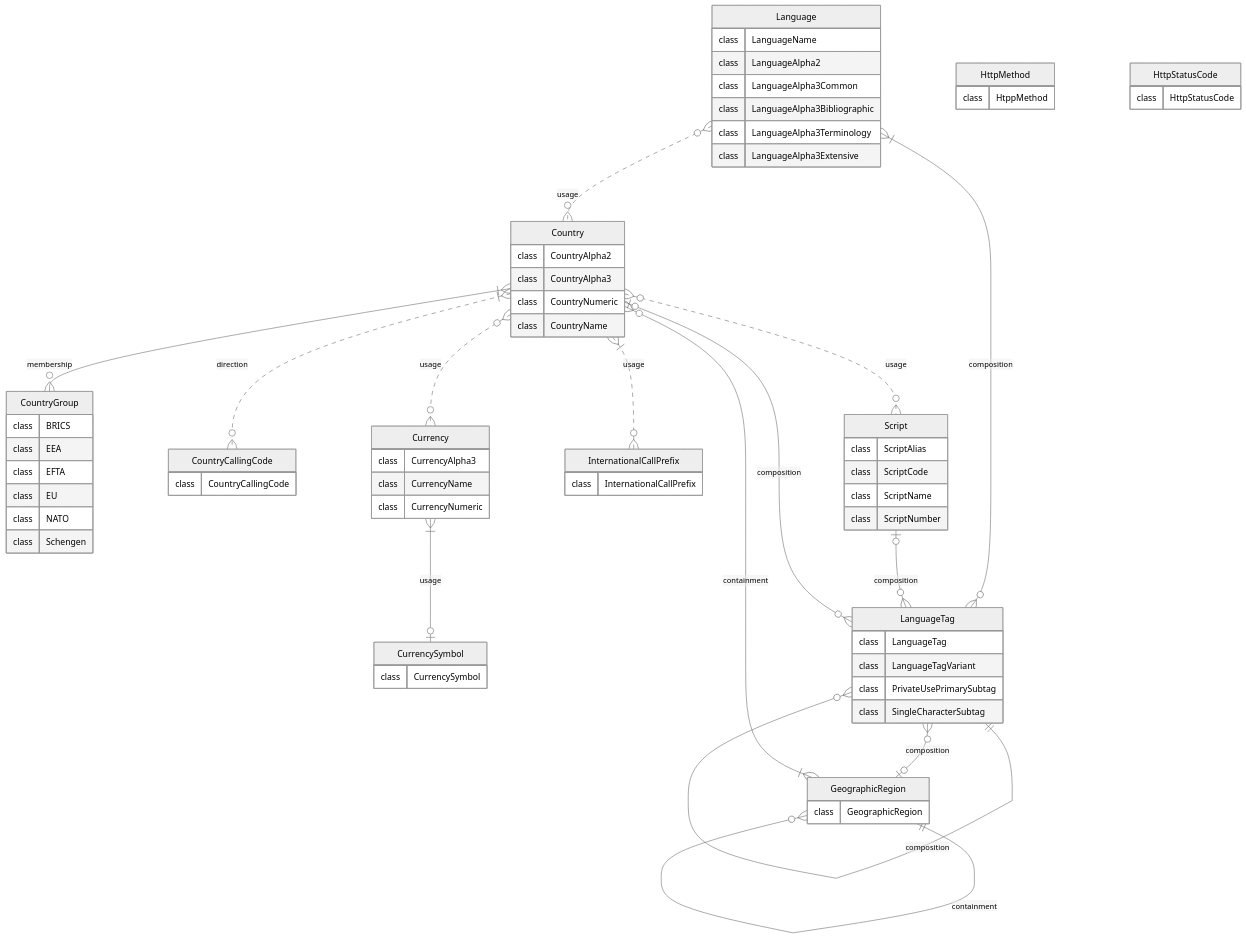
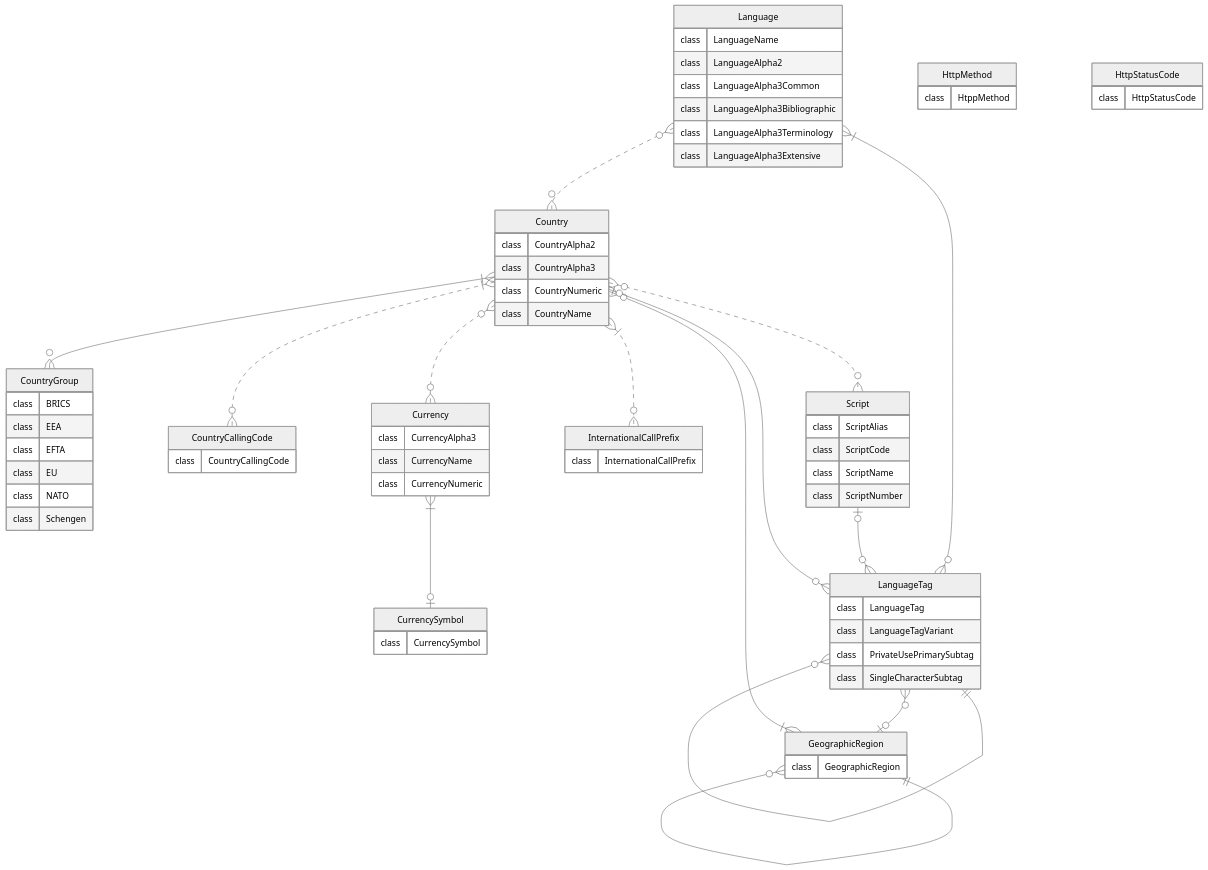
One commit to PrinsFrank/standards changed the first of 5 diagrams in README.md. Above: the diagram before and after it, drawn with Mermaid (neutral theme).

Commit message:
Remove relationship label to simplify diagram

````diff
--- a/README.md
+++ b/README.md
@@ -41,75 +41,75 @@
 ```mermaid
 erDiagram
     Country {
         class CountryAlpha2
         class CountryAlpha3
         class CountryNumeric
         class CountryName
     }
     GeographicRegion {
         class GeographicRegion
     }
     CountryGroup {
         class BRICS
         class EEA
         class EFTA
         class EU
         class NATO
         class Schengen
     }
     CountryCallingCode {
         class CountryCallingCode
     }
     Currency {
         class CurrencyAlpha3
         class CurrencyName
         class CurrencyNumeric
     }
     CurrencySymbol {
         class CurrencySymbol
     }
     InternationalCallPrefix {
         class InternationalCallPrefix
     }
     Language {
         class LanguageName
         class LanguageAlpha2
         class LanguageAlpha3Common
         class LanguageAlpha3Bibliographic
         class LanguageAlpha3Terminology
         class LanguageAlpha3Extensive
     }
     Script {
         class ScriptAlias
         class ScriptCode
         class ScriptName
         class ScriptNumber
     }
     LanguageTag {
         class LanguageTag
         class LanguageTagVariant
         class PrivateUsePrimarySubtag
         class SingleCharacterSubtag
     }
     HttpMethod {
         class HtppMethod
     }
     HttpStatusCode {
         class HttpStatusCode
     }
 
-    GeographicRegion }|--o{ Country: containment
-    GeographicRegion ||--o{ GeographicRegion: containment
-    Language }o..o{ Country: usage
-    Country }|--o{ CountryGroup: membership
-    Country }|..o{ CountryCallingCode: direction
-    Country }o..o{ Currency: usage
-    Country }|..o{ InternationalCallPrefix: usage
-    Country }o..o{ Script: usage
-    Currency }|--o| CurrencySymbol: usage
-    LanguageTag ||--o{ LanguageTag: composition
-    Language }|--o{ LanguageTag: composition
-    Script |o--o{ LanguageTag: composition
-    Country |o--o{ LanguageTag: composition
-    LanguageTag }o--o| GeographicRegion: composition
+    GeographicRegion }|--o{ Country: ""
+    GeographicRegion ||--o{ GeographicRegion: ""
+    Language }o..o{ Country: ""
+    Country }|--o{ CountryGroup: ""
+    Country }|..o{ CountryCallingCode: ""
+    Country }o..o{ Currency: ""
+    Country }|..o{ InternationalCallPrefix: ""
+    Country }o..o{ Script: ""
+    Currency }|--o| CurrencySymbol: ""
+    LanguageTag ||--o{ LanguageTag: ""
+    Language }|--o{ LanguageTag: ""
+    Script |o--o{ LanguageTag: ""
+    Country |o--o{ LanguageTag: ""
+    LanguageTag }o--o| GeographicRegion: ""
 ```
````
